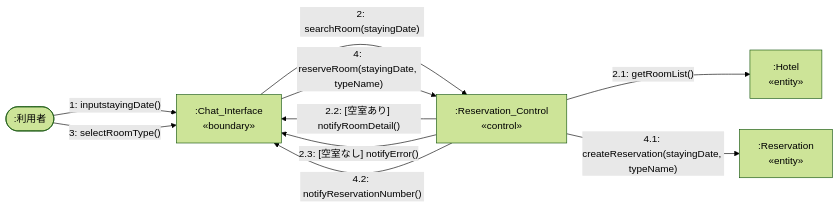
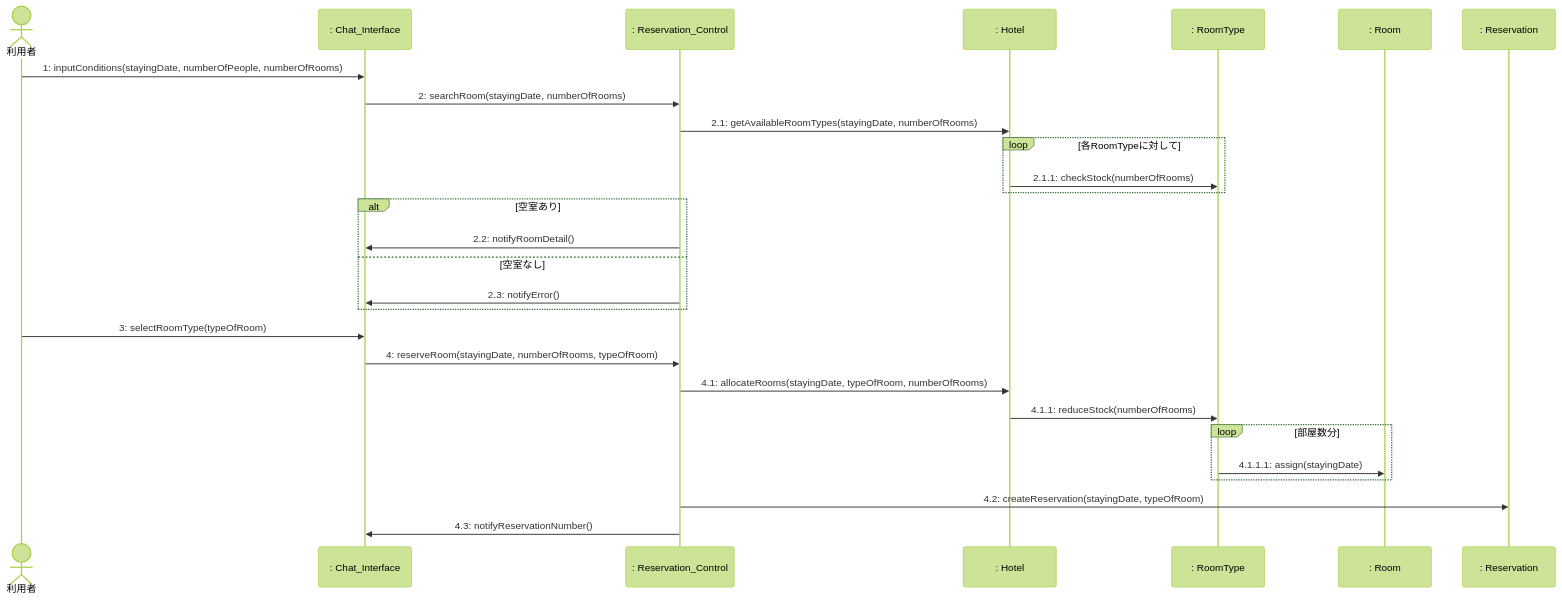
The first of 4 diagrams in System_Analysis.md (Kohki-tyl/HRS), drawn with Mermaid (forest theme) before and after one commit. The commit also changed other lines of this file and 1 other file, not shown here.

Commit message:
-シーケンス図をmermaidで作成 -Reservationとroomの関連に合わせてコミュニケーション図を書き換え -クラス図を編集完了

````diff
--- a/System_Analysis.md
+++ b/System_Analysis.md
@@ -41,23 +44,36 @@
 ```mermaid
-flowchart LR
-    G([":利用者"])
-    B[":Chat_Interface<br/>«boundary»"]
-    C[":Reservation_Control<br/>«control»"]
-    H[":Hotel<br/>«entity»"]
-    RV[":Reservation<br/>«entity»"]
+sequenceDiagram
+    actor U as 利用者
+    participant UI as : Chat_Interface
+    participant C as : Reservation_Control
+    participant H as : Hotel
+    participant RT as : RoomType
+    participant RM as : Room
+    participant RS as : Reservation
 
-    %% フェーズ1：宿泊日入力と空室検索
-    G -->|"1: inputstayingDate()"| B
-    B -->|"2: searchRoom(stayingDate)"| C
-    C -->|"2.1: getRoomList()"| H
+    U->>UI: 1: inputConditions(stayingDate, numberOfPeople, numberOfRooms)
+    UI->>C: 2: searchRoom(stayingDate, numberOfRooms)
+    
+    C->>H: 2.1: getAvailableRoomTypes(stayingDate, numberOfRooms)
+    loop 各RoomTypeに対して
+        H->>RT: 2.1.1: checkStock(numberOfRooms)
+    end
+    
+    alt 空室あり
+        C->>UI: 2.2: notifyRoomDetail()
+    else 空室なし
+        C->>UI: 2.3: notifyError()
+    end
 
-    %% 条件分岐の通知
-    C -->|"2.2: [空室あり] notifyRoomDetail()"| B
-    C -->|"2.3: [空室なし] notifyError()"| B
-
-    %% フェーズ2：部屋タイプ選択と予約確定
-    G -->|"3: selectRoomType()"| B
-    B -->|"4: reserveRoom(stayingDate, typeName)"| C
-    C -->|"4.1: createReservation(stayingDate, typeName)"| RV
-    C -->|"4.2: notifyReservationNumber()"| B
+    U->>UI: 3: selectRoomType(typeOfRoom)
+    UI->>C: 4: reserveRoom(stayingDate, numberOfRooms, typeOfRoom)
+    
+    C->>H: 4.1: allocateRooms(stayingDate, typeOfRoom, numberOfRooms)
+    H->>RT: 4.1.1: reduceStock(numberOfRooms)
+    loop 部屋数分
+        RT->>RM: 4.1.1.1: assign(stayingDate)
+    end
+    
+    C->>RS: 4.2: createReservation(stayingDate, typeOfRoom)
+    C->>UI: 4.3: notifyReservationNumber()
 ```
````
